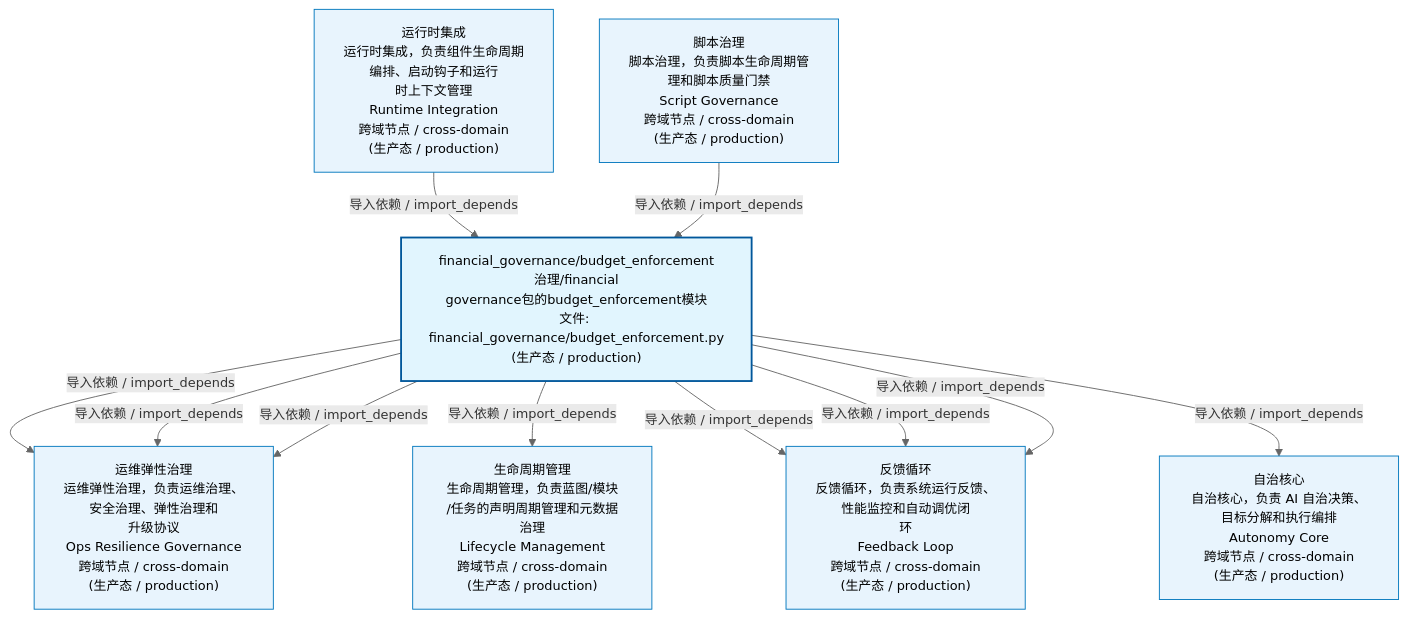
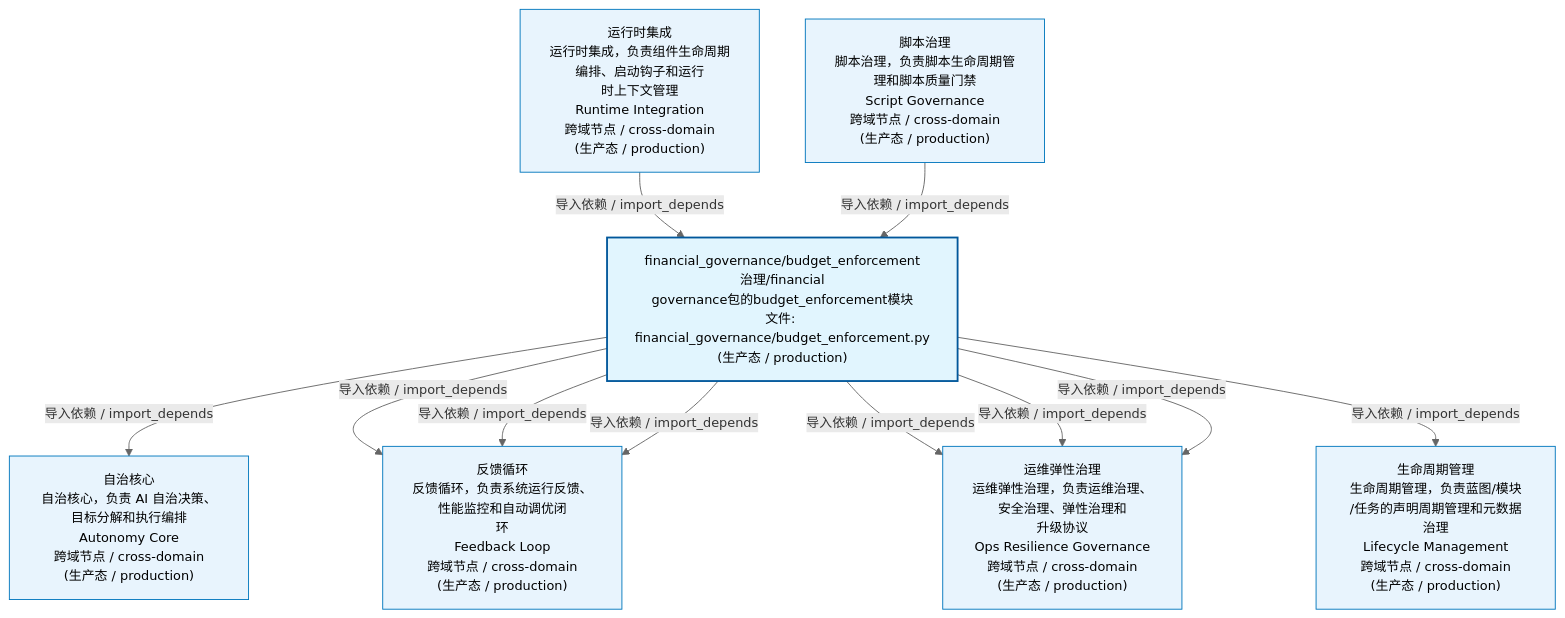
One commit to xuanFelixVan/ZephyrAlpha changed the first of 3 diagrams in docs/02_enterprise_architecture/02_domain_architecture_docs/54_d_gov_repair.md. Above: the diagram before and after it, drawn with Mermaid. The commit also changed 50 other files, not shown here.

````diff
--- a/docs/02_enterprise_architecture/02_domain_architecture_docs/54_d_gov_repair.md
+++ b/docs/02_enterprise_architecture/02_domain_architecture_docs/54_d_gov_repair.md
@@ -53,27 +53,27 @@
 ```mermaid
 %%{init: {'theme': 'base', 'themeVariables': {'primaryColor': '#eaeaea', 'primaryTextColor': '#333333', 'primaryBorderColor': '#666666', 'lineColor': '#666666', 'secondaryColor': '#eaeaea', 'tertiaryColor': '#eaeaea', 'fontSize': '14px'}}}%%
 flowchart TD
     src_zephyr_governance_financial_governance_budget_enforcement_py["financial_governance/budget_enforcement<br/>治理/financial<br/>governance包的budget_enforcement模块<br/>文件: financial_governance/budget_enforcement.py<br/>(生产态 / production)"]
+    D_AUTONOMY_CORE["自治核心<br/>自治核心，负责 AI 自治决策、目标分解和执行编排<br/>Autonomy Core<br/>跨域节点 / cross-domain<br/>(生产态 / production)"]
+    src_zephyr_governance_financial_governance_budget_enforcement_py -->|导入依赖 / import_depends| D_AUTONOMY_CORE
+    D_OPS["反馈循环<br/>反馈循环，负责系统运行反馈、性能监控和自动调优闭<br/>环<br/>Feedback Loop<br/>跨域节点 / cross-domain<br/>(生产态 / production)"]
+    src_zephyr_governance_financial_governance_budget_enforcement_py -->|导入依赖 / import_depends| D_OPS
+    src_zephyr_governance_financial_governance_budget_enforcement_py -->|导入依赖 / import_depends| D_OPS
     D_GOV_OPS_RESILIENCE["运维弹性治理<br/>运维弹性治理，负责运维治理、安全治理、弹性治理和<br/>升级协议<br/>Ops Resilience Governance<br/>跨域节点 / cross-domain<br/>(生产态 / production)"]
+    src_zephyr_governance_financial_governance_budget_enforcement_py -->|导入依赖 / import_depends| D_GOV_OPS_RESILIENCE
     src_zephyr_governance_financial_governance_budget_enforcement_py -->|导入依赖 / import_depends| D_GOV_OPS_RESILIENCE
     D_GOVERNANCE["生命周期管理<br/>生命周期管理，负责蓝图/模块<br/>/任务的声明周期管理和元数据治理<br/>Lifecycle Management<br/>跨域节点 / cross-domain<br/>(生产态 / production)"]
     src_zephyr_governance_financial_governance_budget_enforcement_py -->|导入依赖 / import_depends| D_GOVERNANCE
-    src_zephyr_governance_financial_governance_budget_enforcement_py -->|导入依赖 / import_depends| D_GOV_OPS_RESILIENCE
-    D_OPS["反馈循环<br/>反馈循环，负责系统运行反馈、性能监控和自动调优闭<br/>环<br/>Feedback Loop<br/>跨域节点 / cross-domain<br/>(生产态 / production)"]
-    src_zephyr_governance_financial_governance_budget_enforcement_py -->|导入依赖 / import_depends| D_OPS
-    D_AUTONOMY_CORE["自治核心<br/>自治核心，负责 AI 自治决策、目标分解和执行编排<br/>Autonomy Core<br/>跨域节点 / cross-domain<br/>(生产态 / production)"]
-    src_zephyr_governance_financial_governance_budget_enforcement_py -->|导入依赖 / import_depends| D_AUTONOMY_CORE
-    src_zephyr_governance_financial_governance_budget_enforcement_py -->|导入依赖 / import_depends| D_OPS
     src_zephyr_governance_financial_governance_budget_enforcement_py -->|导入依赖 / import_depends| D_GOV_OPS_RESILIENCE
     src_zephyr_governance_financial_governance_budget_enforcement_py -->|导入依赖 / import_depends| D_OPS
     D_INFRA_RUNTIME["运行时集成<br/>运行时集成，负责组件生命周期编排、启动钩子和运行<br/>时上下文管理<br/>Runtime Integration<br/>跨域节点 / cross-domain<br/>(生产态 / production)"]
     D_INFRA_RUNTIME -->|导入依赖 / import_depends| src_zephyr_governance_financial_governance_budget_enforcement_py
     D_GOV_SCRIPTS["脚本治理<br/>脚本治理，负责脚本生命周期管理和脚本质量门禁<br/>Script Governance<br/>跨域节点 / cross-domain<br/>(生产态 / production)"]
     D_GOV_SCRIPTS -->|导入依赖 / import_depends| src_zephyr_governance_financial_governance_budget_enforcement_py
     classDef production fill:#e1f5fe,stroke:#01579b,stroke-width:2px,color:#000
     classDef design fill:#fff3e0,stroke:#e65100,stroke-width:2px,color:#000,stroke-dasharray: 5 5
     classDef external_prod fill:#e8f4fd,stroke:#0277bd,stroke-width:1px,color:#000
     classDef external_design fill:#fff8e7,stroke:#ef6c00,stroke-width:1px,color:#000,stroke-dasharray: 5 5
     class src_zephyr_governance_financial_governance_budget_enforcement_py production
-    class D_GOV_OPS_RESILIENCE,D_GOVERNANCE,D_OPS,D_AUTONOMY_CORE,D_INFRA_RUNTIME,D_GOV_SCRIPTS external_prod
+    class D_AUTONOMY_CORE,D_OPS,D_GOV_OPS_RESILIENCE,D_GOVERNANCE,D_INFRA_RUNTIME,D_GOV_SCRIPTS external_prod
 ```
````
